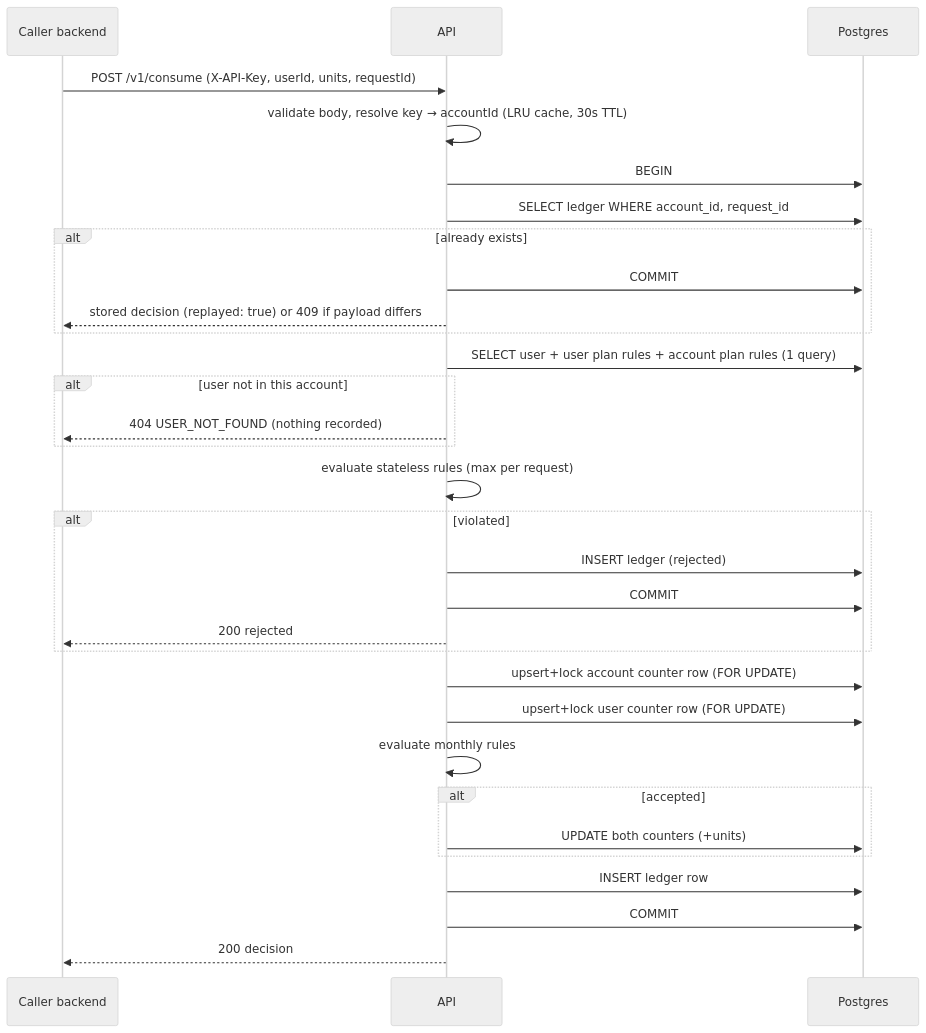
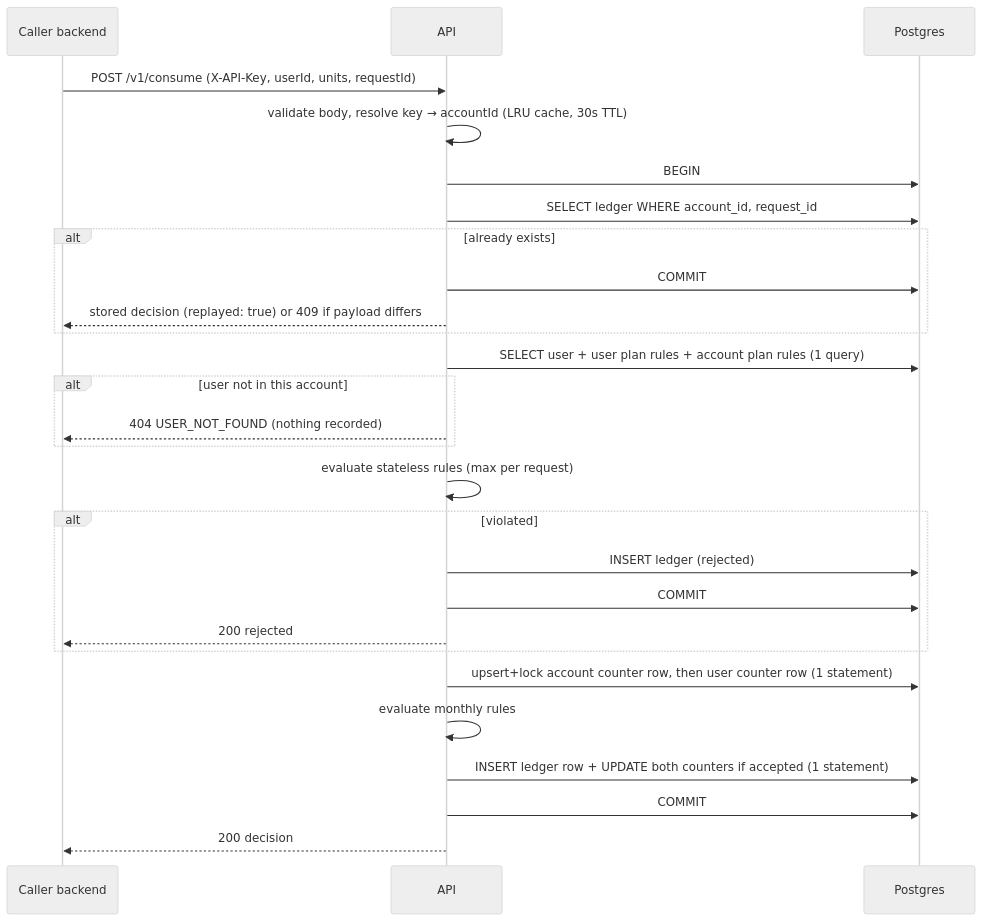
The third of 3 diagrams in DESIGN.md (baraafanah21/Usage-Metering-Quota-Service), drawn with Mermaid (neutral theme) before and after one commit. The commit also changed other lines of this file and 52 other files, not shown here.

Commit message:
perf(consume): lock both counter rows in one statement and record in one statement

````diff
--- a/DESIGN.md
+++ b/DESIGN.md
@@ -331,33 +331,29 @@
 ```mermaid
 sequenceDiagram
     participant C as Caller backend
     participant A as API
     participant P as Postgres
     C->>A: POST /v1/consume (X-API-Key, userId, units, requestId)
     A->>A: validate body, resolve key → accountId (LRU cache, 30s TTL)
     A->>P: BEGIN
     A->>P: SELECT ledger WHERE account_id, request_id
     alt already exists
         A->>P: COMMIT
         A-->>C: stored decision (replayed: true) or 409 if payload differs
     end
     A->>P: SELECT user + user plan rules + account plan rules (1 query)
     alt user not in this account
         A-->>C: 404 USER_NOT_FOUND (nothing recorded)
     end
     A->>A: evaluate stateless rules (max per request)
     alt violated
         A->>P: INSERT ledger (rejected)
         A->>P: COMMIT
         A-->>C: 200 rejected
     end
-    A->>P: upsert+lock account counter row (FOR UPDATE)
-    A->>P: upsert+lock user counter row (FOR UPDATE)
+    A->>P: upsert+lock account counter row, then user counter row (1 statement)
     A->>A: evaluate monthly rules
-    alt accepted
-        A->>P: UPDATE both counters (+units)
-    end
-    A->>P: INSERT ledger row
+    A->>P: INSERT ledger row + UPDATE both counters if accepted (1 statement)
     A->>P: COMMIT
     A-->>C: 200 decision
 ```
````
